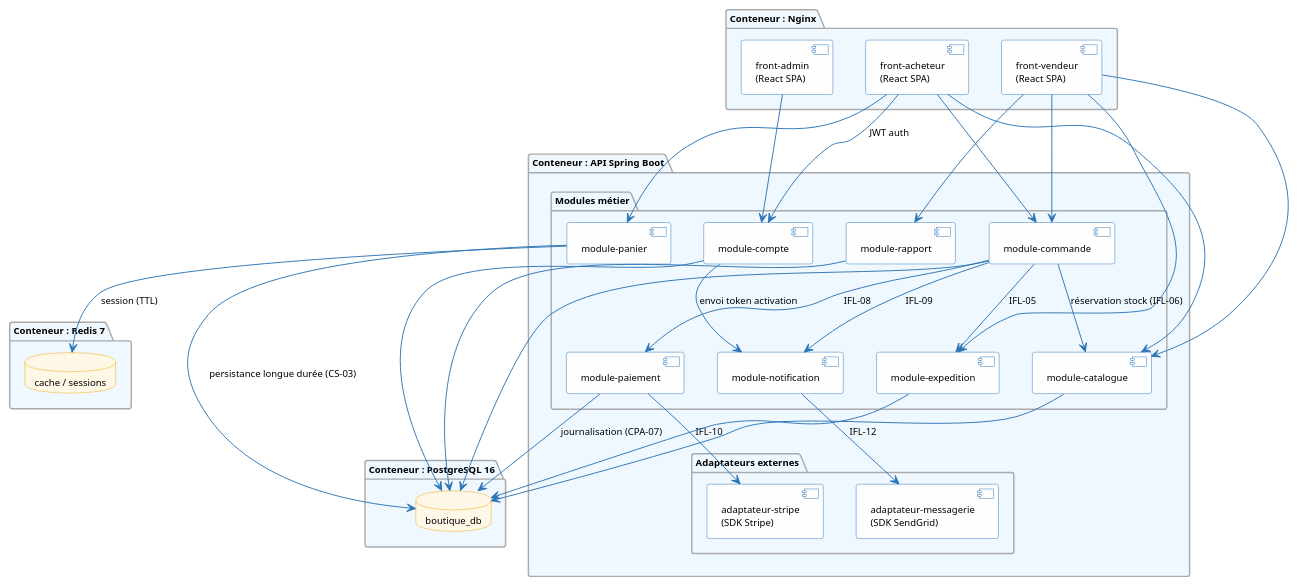
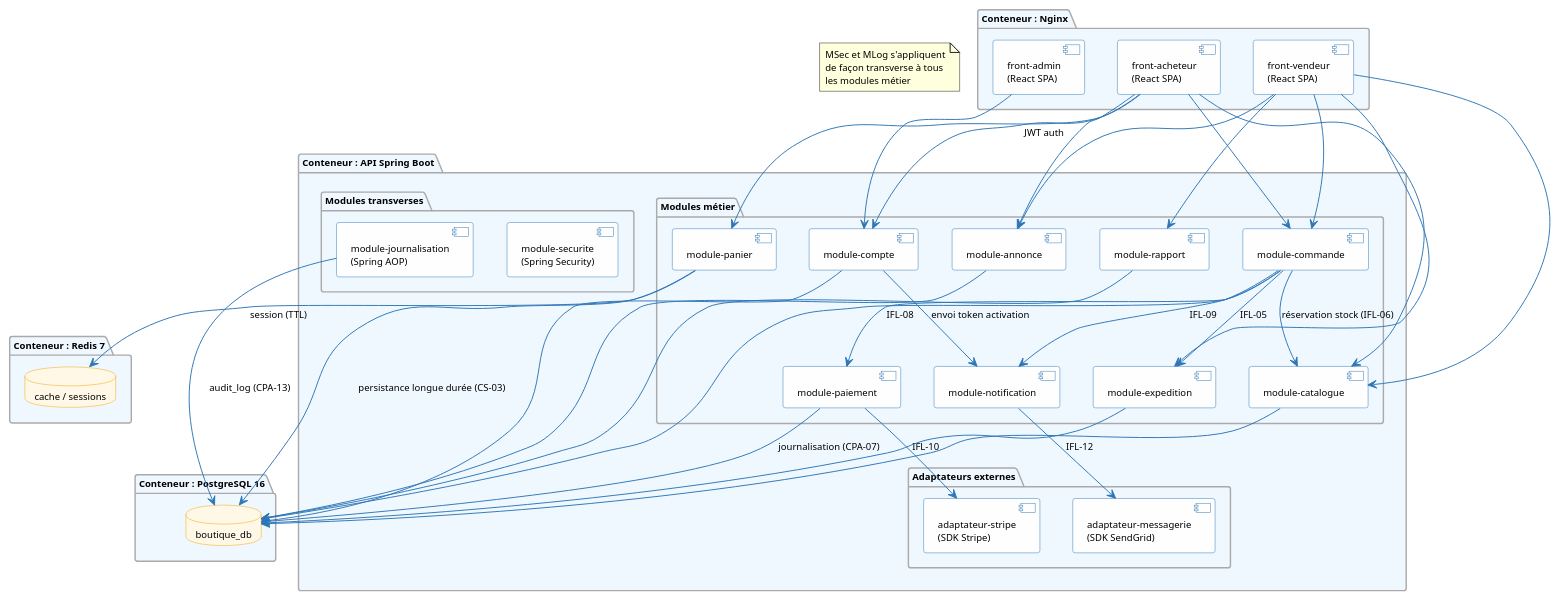
One commit to louistalvande/online_shop changed the second of 40 diagrams in architecture/04-physical-architecture/pa.adoc. Above: the diagram before and after it, drawn with PlantUML. The commit also changed other lines of this file and 7 other files, not shown here.

```diff
--- a/architecture/04-physical-architecture/pa.adoc
+++ b/architecture/04-physical-architecture/pa.adoc
@@ -207,69 +219,80 @@
 [plantuml, pa-components, svg]
 ----
 skinparam componentBackgroundColor #FEFEFE
 skinparam componentBorderColor #2E75B6
 skinparam arrowColor #2E75B6
 skinparam packageBackgroundColor #F0F8FF
 skinparam packageBorderColor #AAAAAA
 skinparam databaseBackgroundColor #FFF8E7
 skinparam databaseBorderColor #F0A500
 skinparam defaultFontSize 10
 
 package "Conteneur : Nginx" {
   [front-acheteur\n(React SPA)] as FrontB
   [front-vendeur\n(React SPA)] as FrontV
   [front-admin\n(React SPA)] as FrontA
 }
 
 package "Conteneur : API Spring Boot" {
   package "Modules métier" {
     [module-compte] as MCompte
     [module-catalogue] as MCatalogue
     [module-panier] as MPanier
     [module-commande] as MCommande
     [module-paiement] as MPaiement
     [module-expedition] as MExpedition
     [module-notification] as MNotif
     [module-rapport] as MRapport
+    [module-annonce] as MAnnounce
+  }
+  package "Modules transverses" {
+    [module-securite\n(Spring Security)] as MSec
+    [module-journalisation\n(Spring AOP)] as MLog
   }
   package "Adaptateurs externes" {
     [adaptateur-stripe\n(SDK Stripe)] as AStripe
     [adaptateur-messagerie\n(SDK SendGrid)] as AMail
   }
 }
 
 package "Conteneur : PostgreSQL 16" {
   database "boutique_db" as PgDB
 }
 
 package "Conteneur : Redis 7" {
   database "cache / sessions" as RedisDB
 }
 
 FrontB --> MCompte : JWT auth
 FrontB --> MCatalogue
 FrontB --> MPanier
 FrontB --> MCommande
 FrontV --> MCatalogue
 FrontV --> MCommande
 FrontV --> MExpedition
 FrontV --> MRapport
+FrontV --> MAnnounce
+FrontB --> MAnnounce
 FrontA --> MCompte
+
+MAnnounce --> PgDB
+MLog --> PgDB : audit_log (CPA-13)
+note "MSec et MLog s'appliquent\nde façon transverse à tous\nles modules métier" as NoteSecLog
 
 MCompte --> MNotif : envoi token activation
 MCommande --> MCatalogue : réservation stock (IFL-06)
 MCommande --> MPaiement : IFL-08
 MCommande --> MExpedition : IFL-05
 MCommande --> MNotif : IFL-09
 MPaiement --> AStripe : IFL-10
 MNotif --> AMail : IFL-12
 
 MPanier --> RedisDB : session (TTL)
 MPanier --> PgDB : persistance longue durée (CS-03)
 MCompte --> PgDB
 MCatalogue --> PgDB
 MCommande --> PgDB
 MPaiement --> PgDB : journalisation (CPA-07)
 MExpedition --> PgDB
 MRapport --> PgDB
 ----
```
